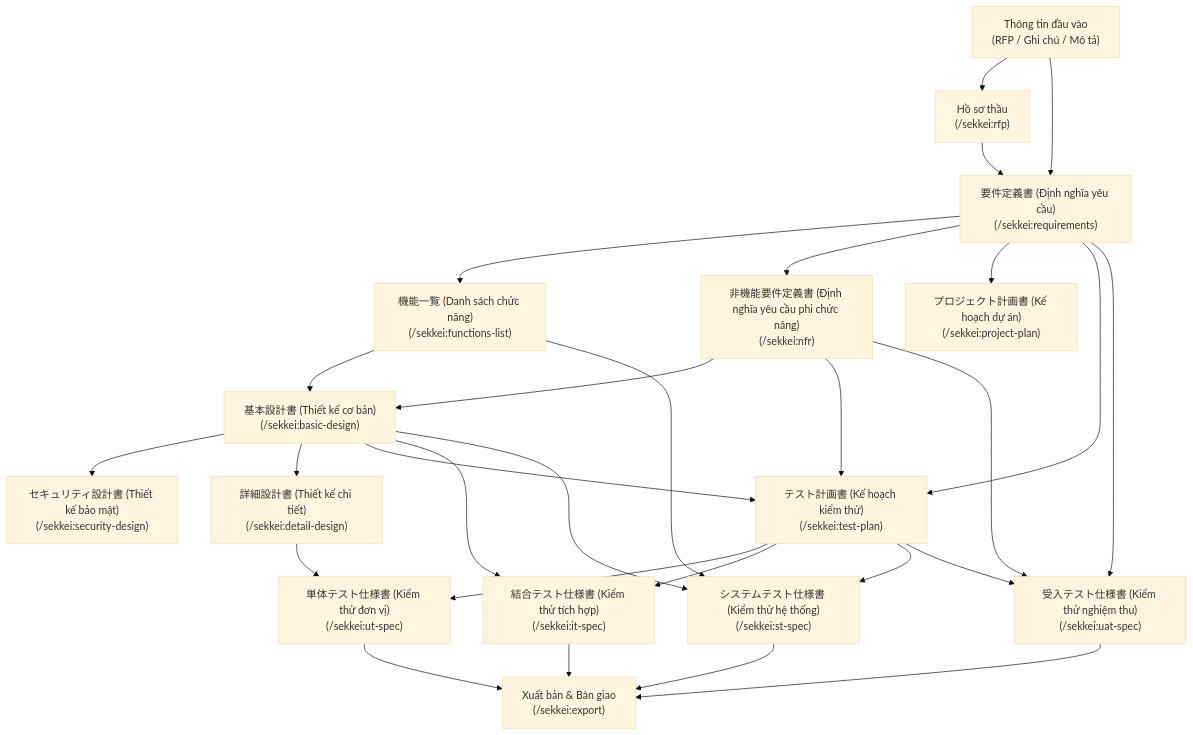
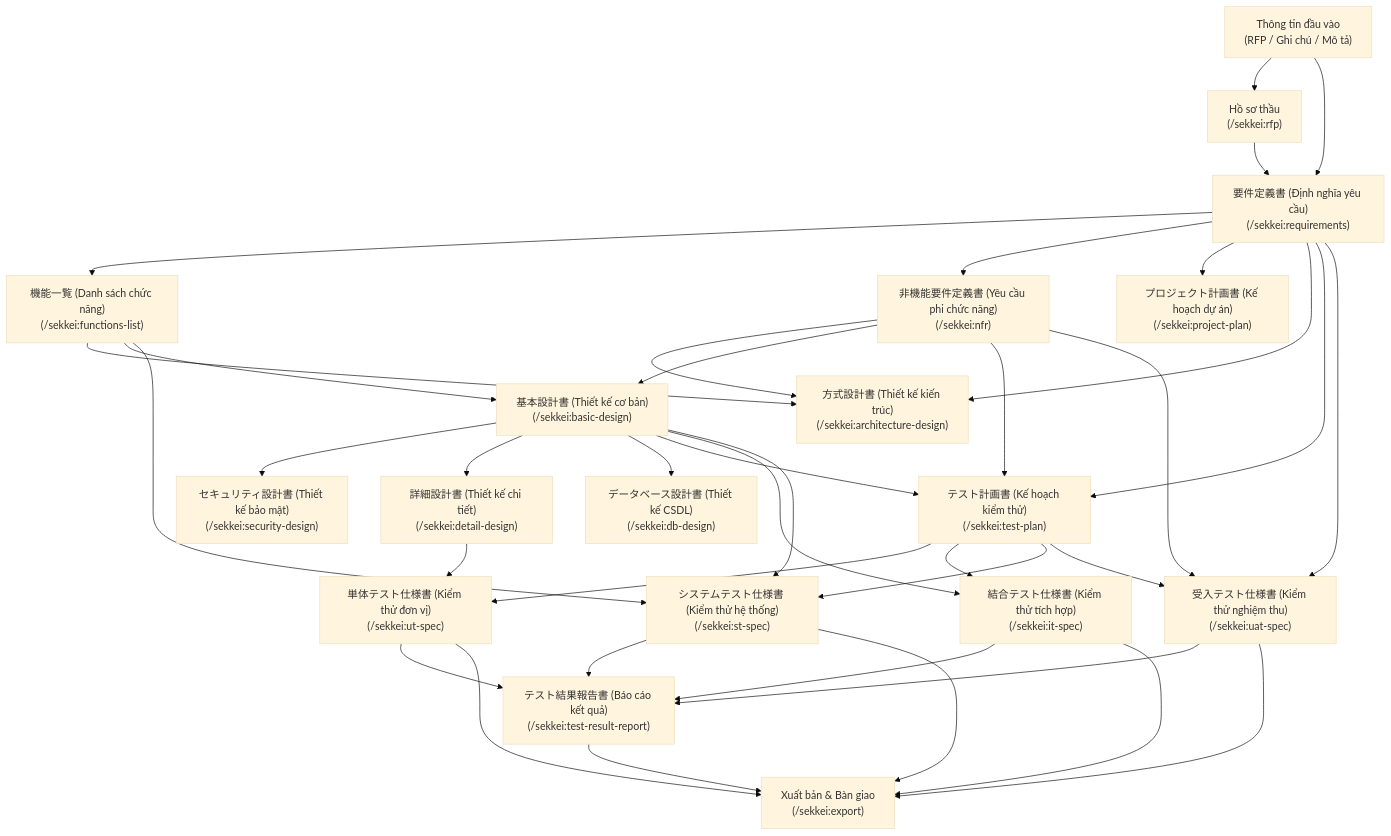
The diagram in docs/user-guide/04-workflow/index.md (bienhoang/sekkei-ai-agents), drawn with Mermaid (base theme) before and after one commit. The commit also changed other lines of this file and 10 other files, not shown here.

````diff
--- a/docs/user-guide/04-workflow/index.md
+++ b/docs/user-guide/04-workflow/index.md
@@ -17,57 +17,71 @@
 ```mermaid
 flowchart TD
     INPUT["Thông tin đầu vào\n(RFP / Ghi chú / Mô tả)"]
     RFP["Hồ sơ thầu\n(/sekkei:rfp)"]
     REQ["要件定義書 (Định nghĩa yêu cầu)\n(/sekkei:requirements)"]
 
     FL["機能一覧 (Danh sách chức năng)\n(/sekkei:functions-list)"]
-    NFR["非機能要件定義書 (Định nghĩa yêu cầu phi chức năng)\n(/sekkei:nfr)"]
+    NFR["非機能要件定義書 (Yêu cầu phi chức năng)\n(/sekkei:nfr)"]
     PP["プロジェクト計画書 (Kế hoạch dự án)\n(/sekkei:project-plan)"]
 
+    ARCH["方式設計書 (Thiết kế kiến trúc)\n(/sekkei:architecture-design)"]
     BD["基本設計書 (Thiết kế cơ bản)\n(/sekkei:basic-design)"]
 
     SD["セキュリティ設計書 (Thiết kế bảo mật)\n(/sekkei:security-design)"]
     DD["詳細設計書 (Thiết kế chi tiết)\n(/sekkei:detail-design)"]
+    DB["データベース設計書 (Thiết kế CSDL)\n(/sekkei:db-design)"]
 
     TP["テスト計画書 (Kế hoạch kiểm thử)\n(/sekkei:test-plan)"]
 
     UT["単体テスト仕様書 (Kiểm thử đơn vị)\n(/sekkei:ut-spec)"]
     IT["結合テスト仕様書 (Kiểm thử tích hợp)\n(/sekkei:it-spec)"]
     ST["システムテスト仕様書 (Kiểm thử hệ thống)\n(/sekkei:st-spec)"]
     UAT["受入テスト仕様書 (Kiểm thử nghiệm thu)\n(/sekkei:uat-spec)"]
+    TR["テスト結果報告書 (Báo cáo kết quả)\n(/sekkei:test-result-report)"]
 
     EXPORT["Xuất bản & Bàn giao\n(/sekkei:export)"]
 
     INPUT --> RFP
     RFP --> REQ
     INPUT --> REQ
 
     REQ --> FL
     REQ --> NFR
     REQ --> PP
 
+    REQ --> ARCH
+    NFR --> ARCH
+    FL --> ARCH
+
     FL --> BD
     NFR --> BD
 
     BD --> SD
     BD --> DD
+    BD --> DB
     BD --> TP
     REQ --> TP
     NFR --> TP
 
     DD --> UT
     BD --> IT
     BD --> ST
     FL --> ST
     REQ --> UAT
     NFR --> UAT
     TP --> UT
     TP --> IT
     TP --> ST
     TP --> UAT
 
+    UT --> TR
+    IT --> TR
+    ST --> TR
+    UAT --> TR
+
     UT --> EXPORT
     IT --> EXPORT
     ST --> EXPORT
     UAT --> EXPORT
+    TR --> EXPORT
 ```
````
